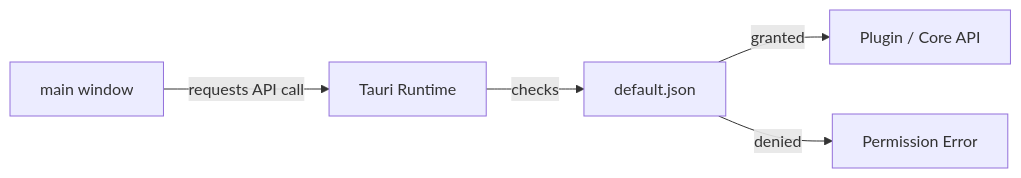
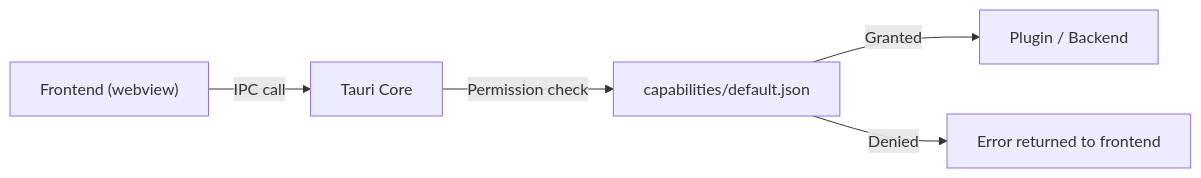
One commit to leszek3737/librefang-WIki changed the diagram in other-librefang-desktop-capabilities.md. Above: the diagram before and after it, drawn with Mermaid. The commit also changed other lines of this file and 120 other files, not shown here.

````diff
--- a/other-librefang-desktop-capabilities.md
+++ b/other-librefang-desktop-capabilities.md
@@ -55,7 +58,7 @@
 ```mermaid
 flowchart LR
-    A[main window] -->|requests API call| B[Tauri Runtime]
-    B -->|checks| C[default.json]
-    C -->|granted| D[Plugin / Core API]
-    C -->|denied| E[Permission Error]
+    A["Frontend (webview)"] -->|IPC call| B["Tauri Core"]
+    B -->|Permission check| C["capabilities/default.json"]
+    C -->|Granted| D["Plugin / Backend"]
+    C -->|Denied| E["Error returned to frontend"]
 ```
````
